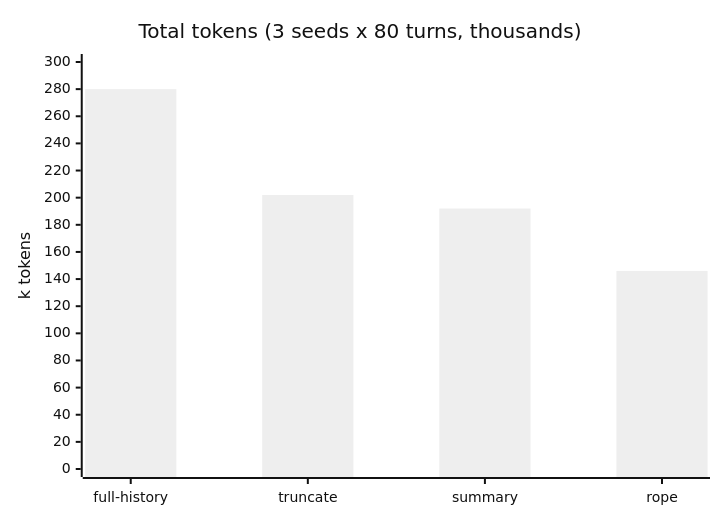
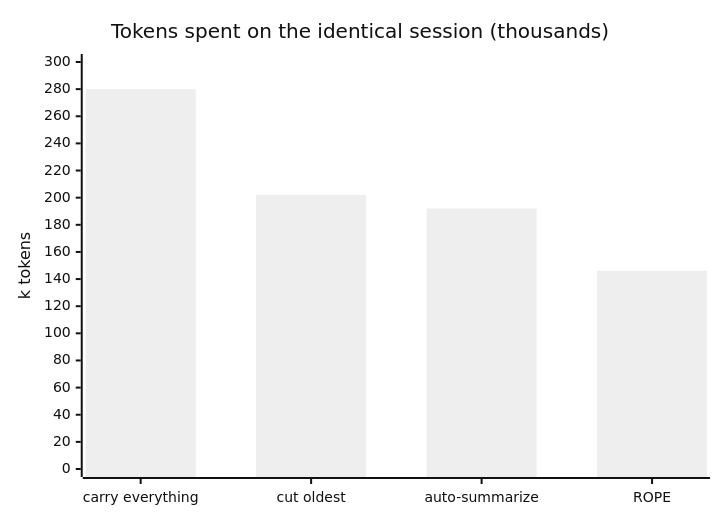
The third of 3 diagrams in README.md (AlphaSaleAidan/jumprope.md), drawn with Mermaid (neutral theme) before and after one commit. The commit also changed other lines of this file, not shown here.

Commit message:
docs: simplified visuals — one-picture concept, two-mode use-case matrix, plain-English charts, example rope

````diff
--- a/README.md
+++ b/README.md
@@ -206,7 +89,7 @@
 ```mermaid
 xychart-beta
-    title "Total tokens (3 seeds x 80 turns, thousands)"
-    x-axis ["full-history", "truncate", "summary", "rope"]
+    title "Tokens spent on the identical session (thousands)"
+    x-axis ["carry everything", "cut oldest", "auto-summarize", "ROPE"]
     y-axis "k tokens" 0 --> 300
     bar [280, 202, 192, 146]
 ```
````
